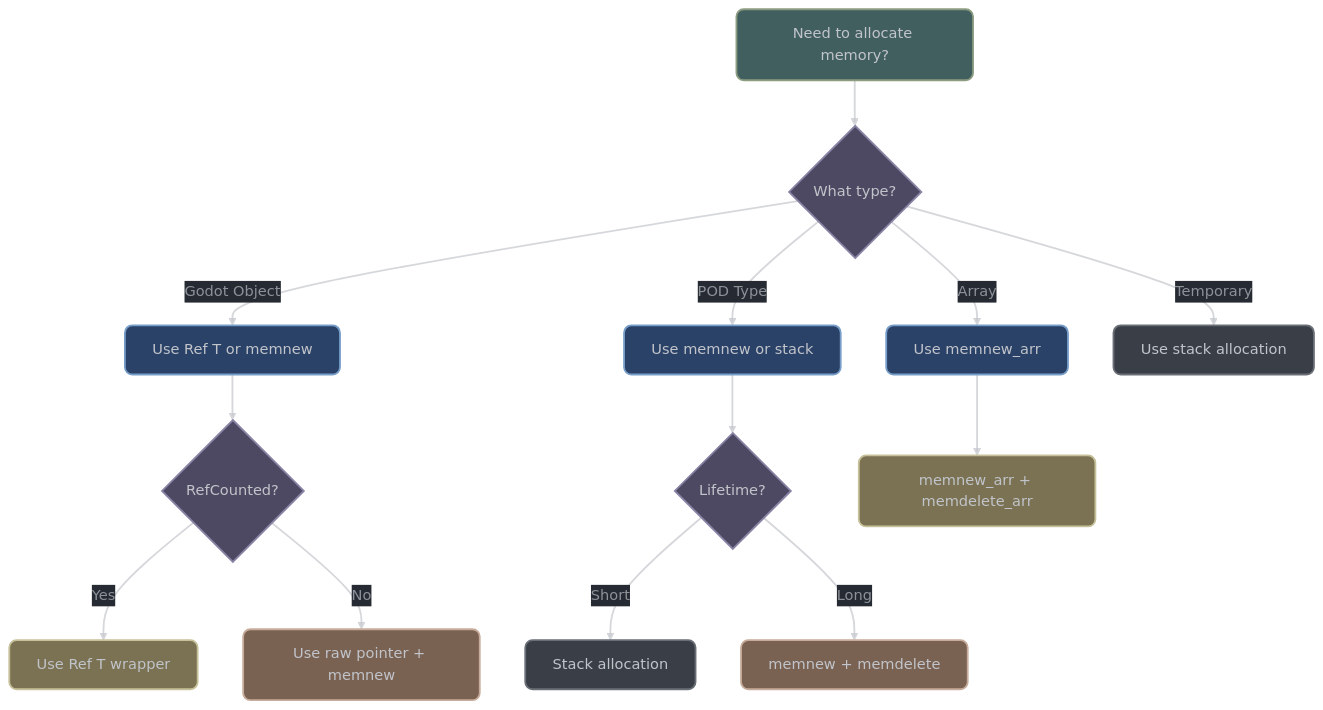
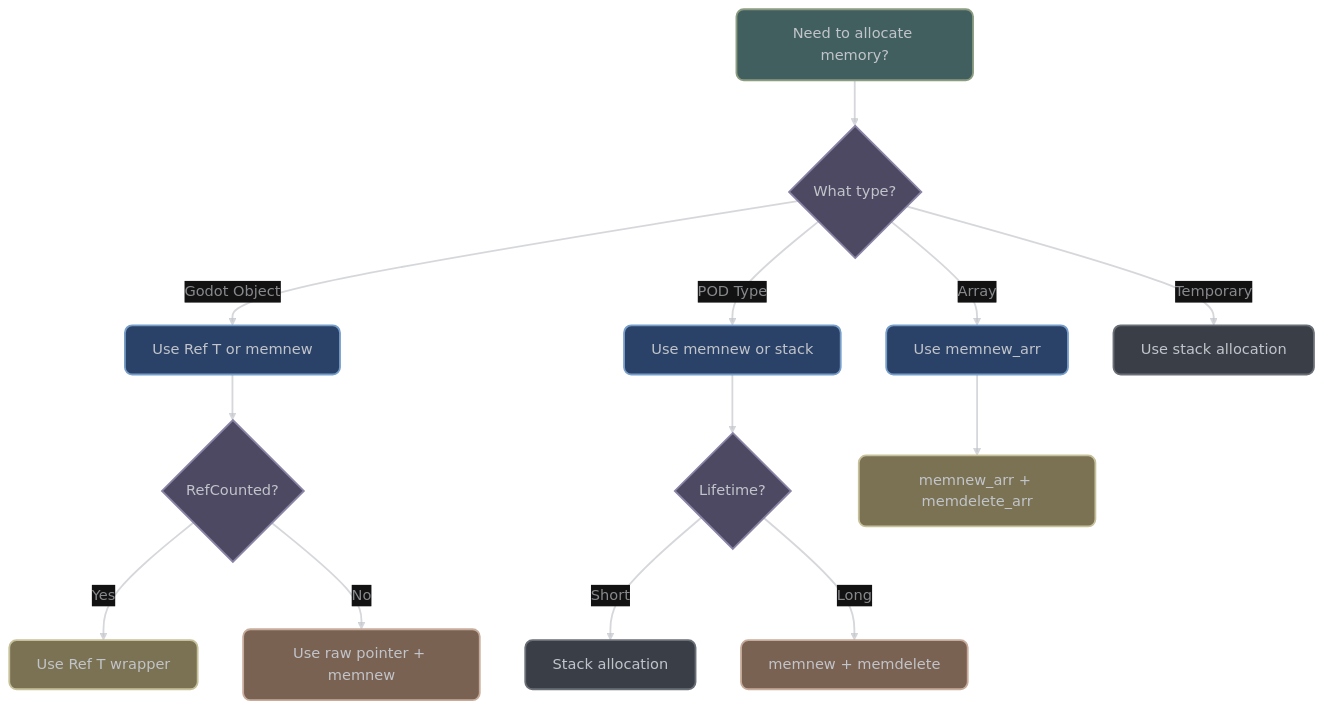
The diagram in docs/architecture/memory-model.md (vorlac/gdextension-docs), drawn with Mermaid before and after one commit. The commit also changed other lines of this file and 23 other files, not shown here.

````diff
--- a/docs/architecture/memory-model.md
+++ b/docs/architecture/memory-model.md
@@ -31,54 +16,55 @@
 ```mermaid
 ---
 config:
     theme: 'base'
     curve: 'straight'
     themeVariables:
         darkMode: true
         clusterBkg: '#22272f62'
         clusterBorder: '#6a6f77ff'
         clusterTextColor: '#6a6f77ff'
         lineColor: '#C1C4CAAA'
         background: '#262B33'
         primaryColor: '#2b4268ff'
         primaryTextColor: '#C1C4CAff'
         primaryBorderColor: '#6a6f77ff'
         nodeTextColor: '#C1C4CA'
         defaultLinkColor: '#C1C4CA'
-        edgeLabelBackground: '#262b33'
+        edgeLabelBackground: '#121212'
+        tertiaryTextColor: '#C1C4CA'
         flowchart:
             curve: 'basis'
 ---
 flowchart TD
     A[Need to allocate memory?] --> B{What type?}
     B --> |Godot Object| C[Use Ref T or memnew]
     B --> |POD Type| D[Use memnew or stack]
     B --> |Array| E[Use memnew_arr]
     B --> |Temporary| F[Use stack allocation]
 
     C --> G{RefCounted?}
     G --> |Yes| H[Use Ref T wrapper]
     G --> |No| I[Use raw pointer + memnew]
 
     D --> J{Lifetime?}
     J --> |Short| K[Stack allocation]
     J --> |Long| L[memnew + memdelete]
 
     E --> M[memnew_arr + memdelete_arr]
 
     linkStyle default stroke:#C1C4CAaa,stroke-width:2px,color:#C1C4CAaa
 
     style A fill:#425f5fff,stroke:#8c9c81ff,stroke-width:2px,color:#C1C4CA,rx:8,ry:8
     style B fill:#4d4962ff,stroke:#8983a5ff,stroke-width:2px,color:#C1C4CA,rx:8,ry:8
     style C fill:#2b4268ff,stroke:#779DC9ff,stroke-width:2px,color:#C1C4CA,rx:8,ry:8
     style D fill:#2b4268ff,stroke:#779DC9ff,stroke-width:2px,color:#C1C4CA,rx:8,ry:8
     style E fill:#2b4268ff,stroke:#779DC9ff,stroke-width:2px,color:#C1C4CA,rx:8,ry:8
     style F fill:#3a3f47ff,stroke:#6a6f77ff,stroke-width:2px,color:#C1C4CA,rx:8,ry:8
     style G fill:#4d4962ff,stroke:#8983a5ff,stroke-width:2px,color:#C1C4CA,rx:8,ry:8
     style H fill:#7a7253ff,stroke:#c7c19bff,stroke-width:2px,color:#C1C4CA,rx:8,ry:8
     style I fill:#7a6253ff,stroke:#c7ac9bff,stroke-width:2px,color:#C1C4CA,rx:8,ry:8
     style J fill:#4d4962ff,stroke:#8983a5ff,stroke-width:2px,color:#C1C4CA,rx:8,ry:8
     style K fill:#3a3f47ff,stroke:#6a6f77ff,stroke-width:2px,color:#C1C4CA,rx:8,ry:8
     style L fill:#7a6253ff,stroke:#c7ac9bff,stroke-width:2px,color:#C1C4CA,rx:8,ry:8
     style M fill:#7a7253ff,stroke:#c7c19bff,stroke-width:2px,color:#C1C4CA,rx:8,ry:8
 ```
````
